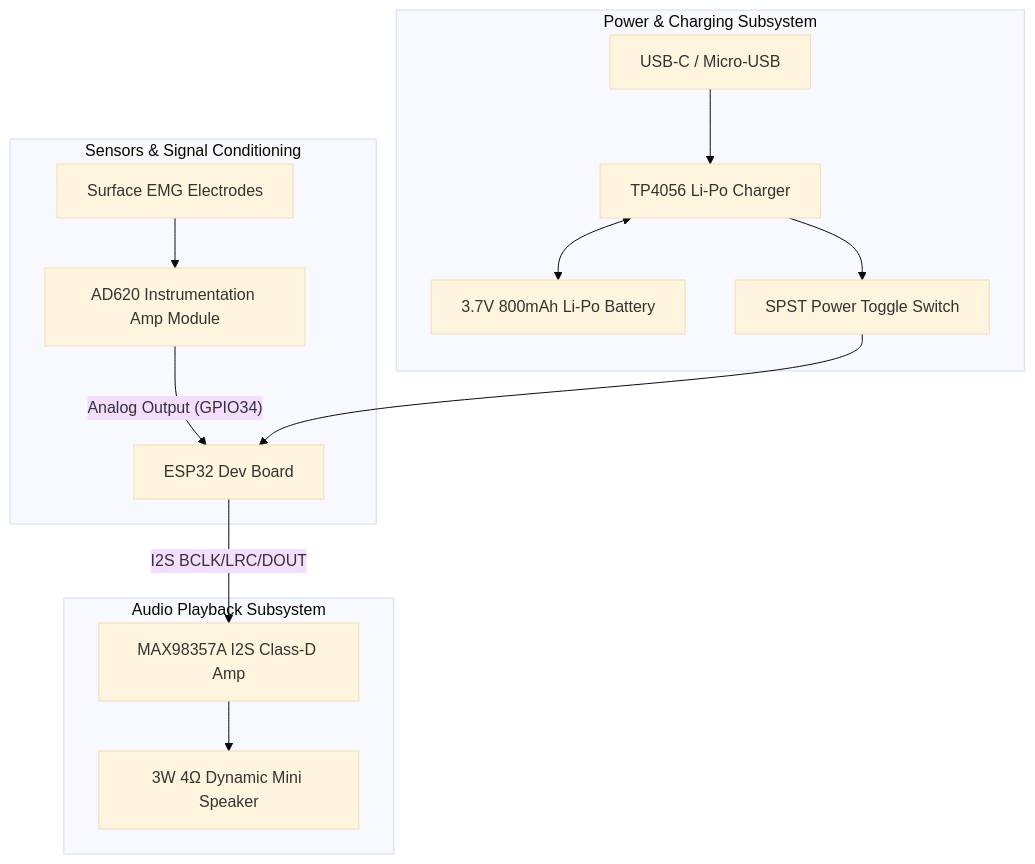
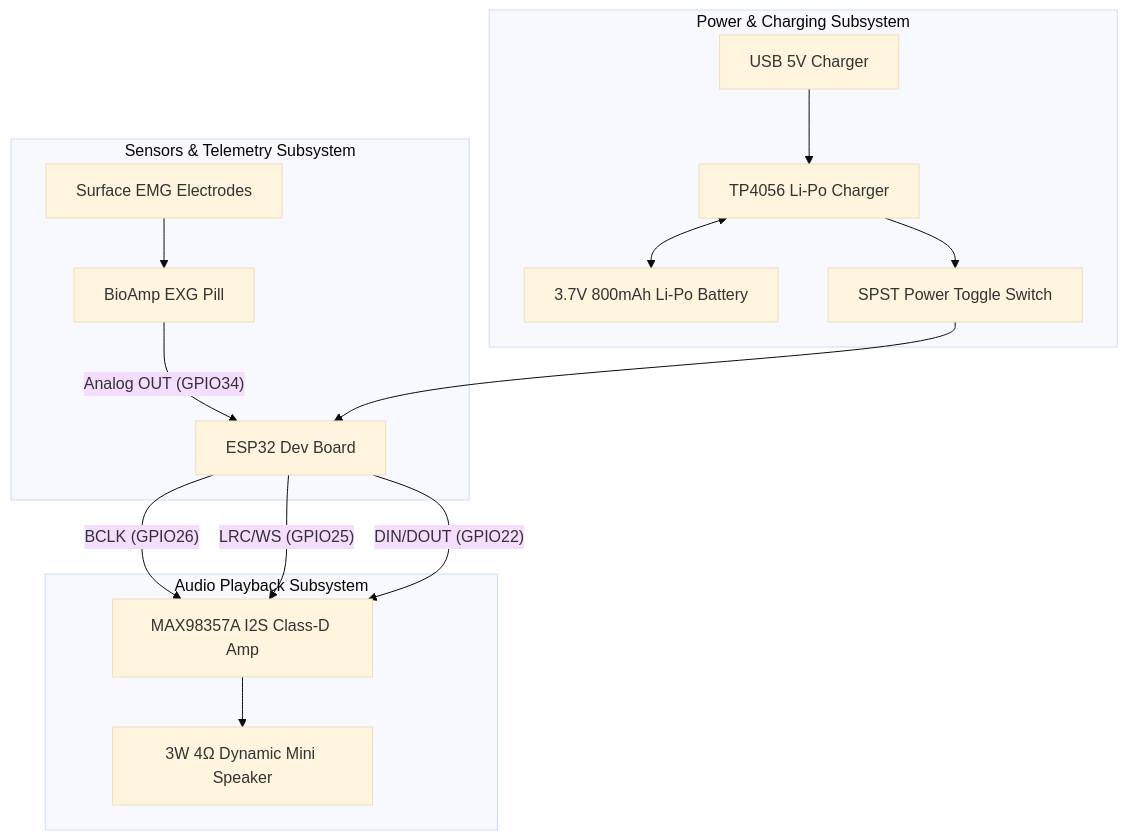
One commit to srividya1004/voiceback changed the first of 2 diagrams in PROJECT_CONTEXT.md. Above: the diagram before and after it, drawn with Mermaid (base theme). The commit also changed other lines of this file and 124 other files, not shown here.

````diff
--- a/PROJECT_CONTEXT.md
+++ b/PROJECT_CONTEXT.md
@@ -25,19 +28,21 @@
 ```mermaid
 graph TD
-    subgraph Sensors & Signal Conditioning
-        H1[Surface EMG Electrodes] --> H2[AD620 Instrumentation Amp Module]
-        H2 -- Analog Output (GPIO34) --> ESP32[ESP32 Dev Board]
+    subgraph Sensors & Telemetry Subsystem
+        H1[Surface EMG Electrodes] --> H2[BioAmp EXG Pill]
+        H2 -- Analog OUT (GPIO34) --> ESP32[ESP32 Dev Board]
     end
 
     subgraph Audio Playback Subsystem
-        ESP32 -- I2S BCLK/LRC/DOUT --> H3[MAX98357A I2S Class-D Amp]
+        ESP32 -- BCLK (GPIO26) --> H3[MAX98357A I2S Class-D Amp]
+        ESP32 -- LRC/WS (GPIO25) --> H3
+        ESP32 -- DIN/DOUT (GPIO22) --> H3
         H3 --> H4[3W 4Ω Dynamic Mini Speaker]
     end
 
     subgraph Power & Charging Subsystem
-        H5[USB-C / Micro-USB] --> H6[TP4056 Li-Po Charger]
+        H5[USB 5V Charger] --> H6[TP4056 Li-Po Charger]
         H6 <--> H7[3.7V 800mAh Li-Po Battery]
         H6 --> H8[SPST Power Toggle Switch]
         H8 --> ESP32
     end
 ```
````
